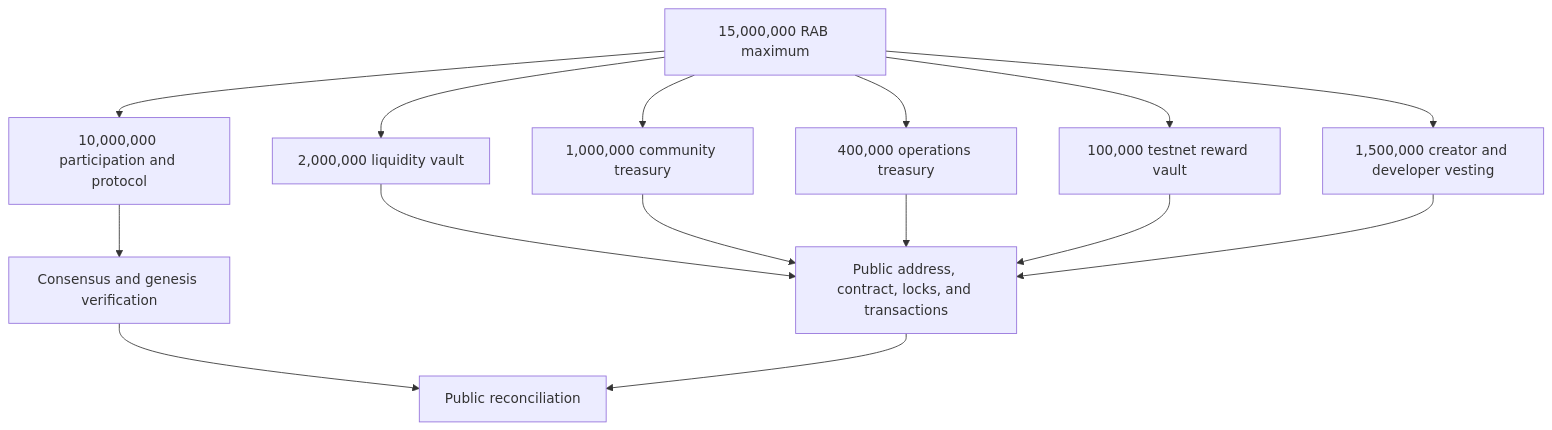
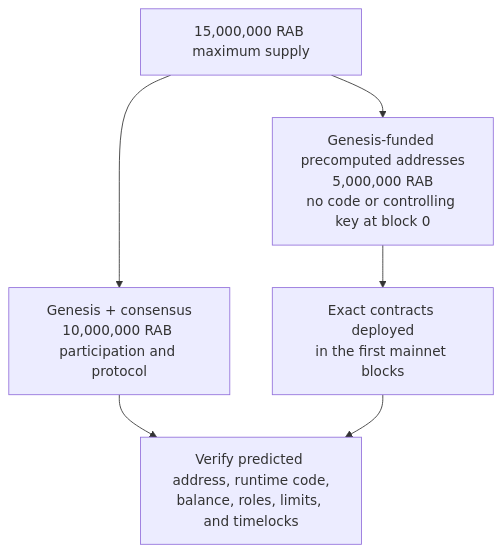
The diagram in assets/diagrams/rab-allocation-transparency.mmd (rabbitmainnet/rabbit-chain-whitepaper), drawn with Mermaid before and after one commit. The commit also changed 9 other files, not shown here.

Commit message:
docs: clarify first-block contract deployment

```diff
--- a/assets/diagrams/rab-allocation-transparency.mmd
+++ b/assets/diagrams/rab-allocation-transparency.mmd
@@ -1,15 +1,11 @@
 flowchart TD
-    A[15,000,000 RAB maximum] --> B[10,000,000 participation and protocol]
-    A --> C[2,000,000 liquidity vault]
-    A --> D[1,000,000 community treasury]
-    A --> E[400,000 operations treasury]
-    A --> F[100,000 testnet reward vault]
-    A --> G[1,500,000 creator and developer vesting]
-    B --> H[Consensus and genesis verification]
-    C --> I[Public address, contract, locks, and transactions]
-    D --> I
-    E --> I
-    F --> I
-    G --> I
-    H --> J[Public reconciliation]
-    I --> J
+    A[15,000,000 RAB maximum supply]
+    B[Genesis + consensus<br/>10,000,000 RAB participation and protocol]
+    C[Genesis-funded precomputed addresses<br/>5,000,000 RAB<br/>no code or controlling key at block 0]
+    E[Exact contracts deployed<br/>in the first mainnet blocks]
+    D[Verify predicted address, runtime code,<br/>balance, roles, limits, and timelocks]
+    A --> B
+    A --> C
+    C --> E
+    B --> D
+    E --> D
```
